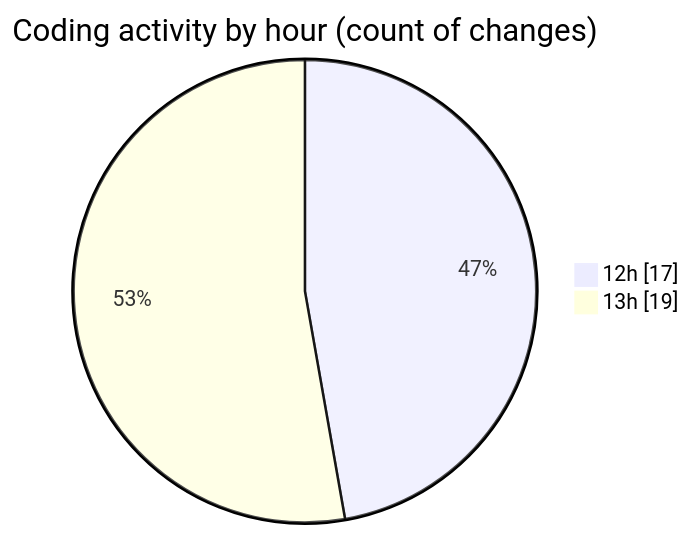
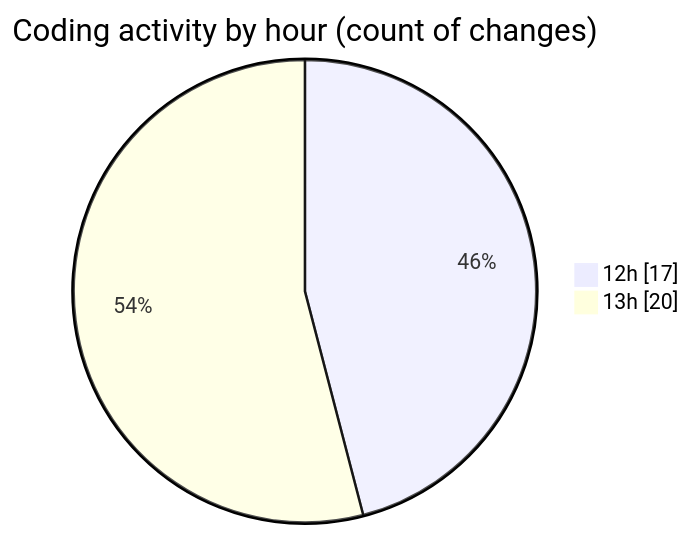
One commit to nxtqubesakshisongat/code-tracking changed the second of 2 diagrams in 2026-03-04/nxtqube_webapp/README.md. Above: the diagram before and after it, drawn with Mermaid. The commit also changed other lines of this file and 1 other file, not shown here.

````diff
--- a/2026-03-04/nxtqube_webapp/README.md
+++ b/2026-03-04/nxtqube_webapp/README.md
@@ -31,6 +31,6 @@
 ```mermaid
 pie showData
 title Coding activity by hour (count of changes)
 "12h" : 17
-"13h" : 19
+"13h" : 20
 ```
````
